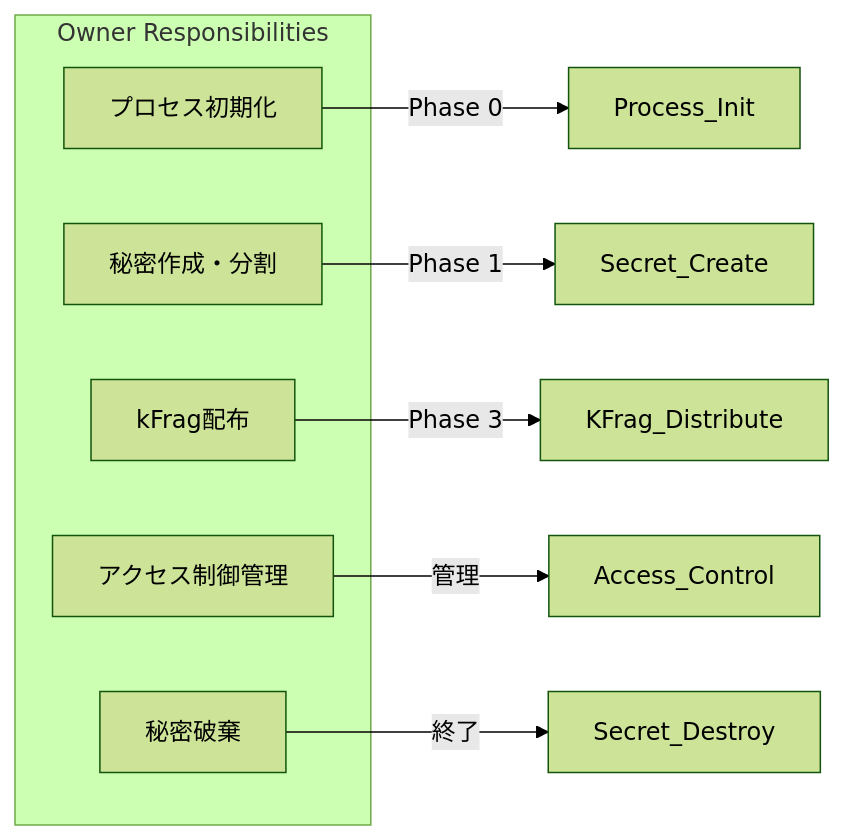
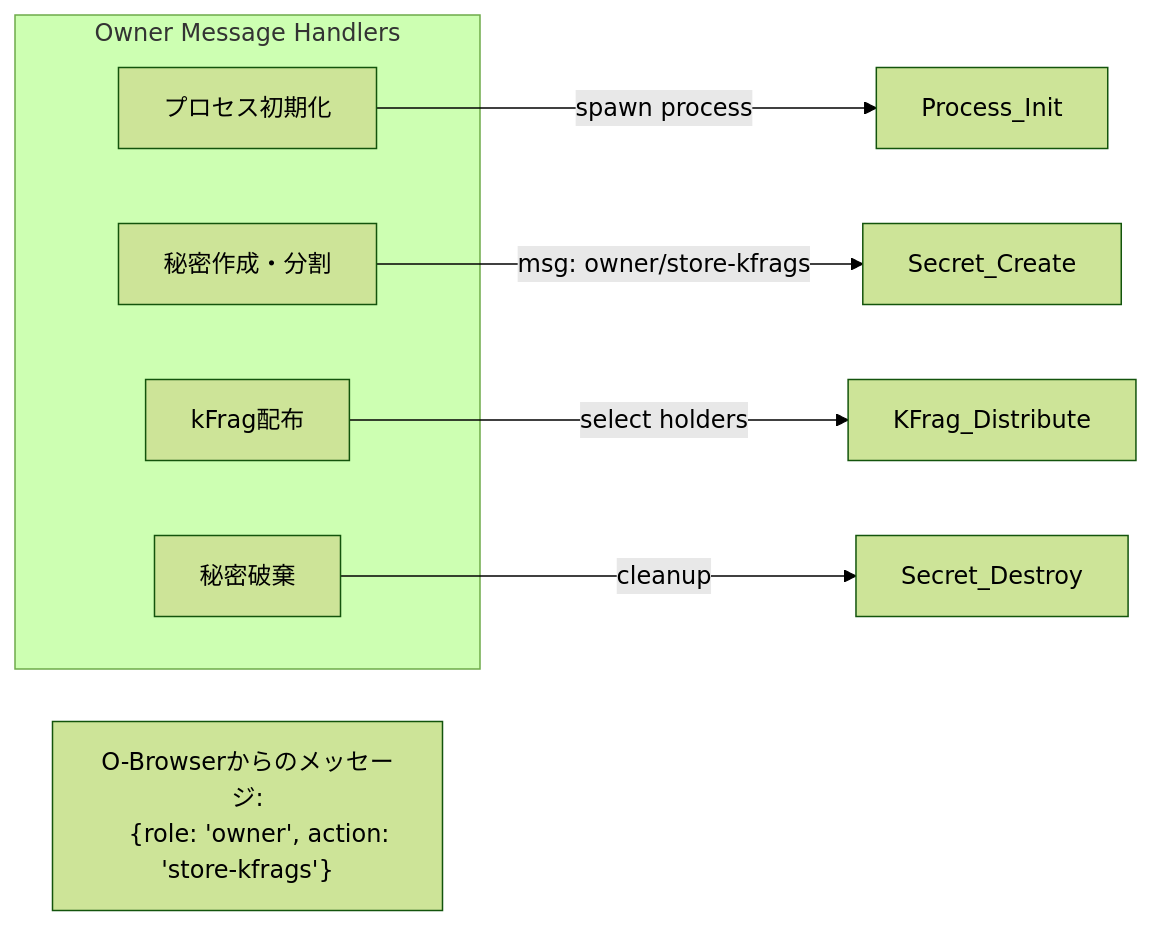
The second of 4 diagrams in docs/development/lifecycle/lifecycle_overview.md (shodaimomiyama/D-TPRES), drawn with Mermaid (forest theme) before and after one commit. The commit also changed other lines of this file and 2 other files, not shown here.

````diff
--- a/docs/development/lifecycle/lifecycle_overview.md
+++ b/docs/development/lifecycle/lifecycle_overview.md
@@ -103,16 +104,17 @@
 ```mermaid
 graph LR
-    subgraph "Owner Responsibilities"
+    subgraph "Owner Message Handlers"
         O1[プロセス初期化]
         O2[秘密作成・分割]
         O3[kFrag配布]
-        O4[アクセス制御管理]
-        O5[秘密破棄]
+        O4[秘密破棄]
     end
-    
-    O1 --> |Phase 0| Process_Init
-    O2 --> |Phase 1| Secret_Create
-    O3 --> |Phase 3| KFrag_Distribute
-    O4 --> |管理| Access_Control
-    O5 --> |終了| Secret_Destroy
+
+    O1 --> |spawn process| Process_Init
+    O2 --> |msg: owner/store-kfrags| Secret_Create
+    O3 --> |select holders| KFrag_Distribute
+    O4 --> |cleanup| Secret_Destroy
+
+    note1["O-Browserからのメッセージ:
+    {role: 'owner', action: 'store-kfrags'}"]
 ```
````
